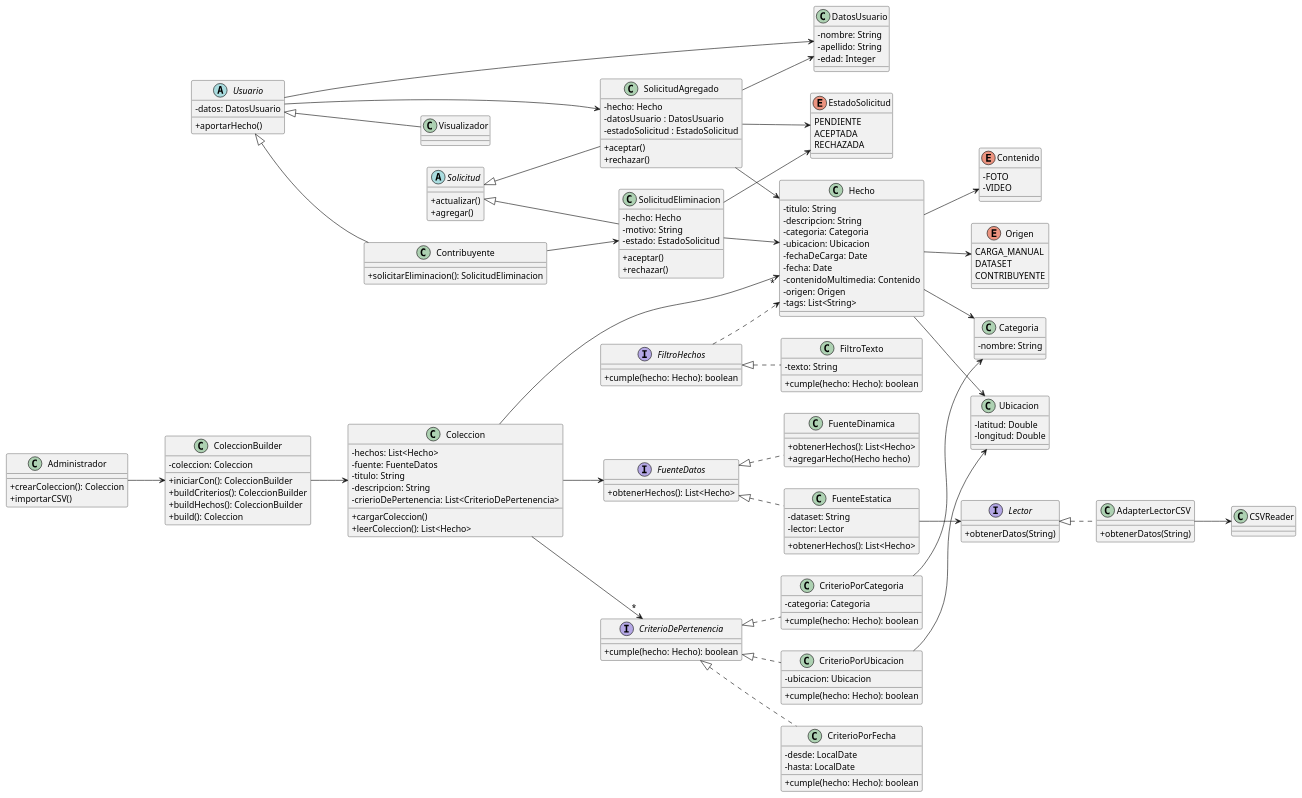
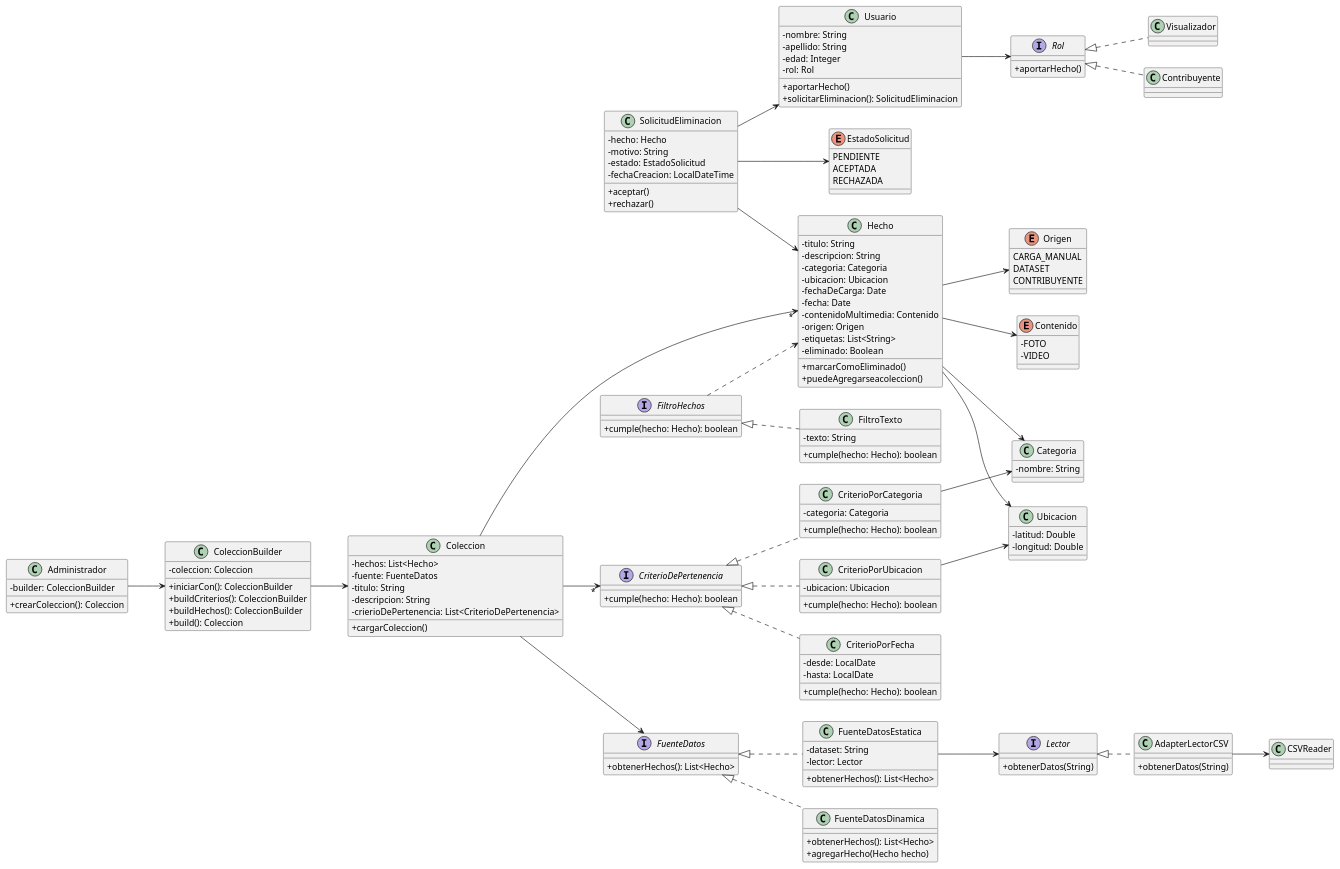
Before and after one commit to nicofernandez17/backend-arquitectura-limpia: the diagram in Diagrams/DC_V2.puml, drawn with PlantUML. The commit also changed 4 other files, not shown here.

Commit message:
Diagrama de respaldo y otro modelado de usuarios

```diff
--- a/Diagrams/DC_V2.puml
+++ b/Diagrams/DC_V2.puml
@@ -3,46 +3,50 @@
 skinparam classAttributeIconSize 0
 
 '---------------------- Usuarios ----------------------
-abstract class Usuario {
-    -datos: DatosUsuario
+class Usuario {
+    -nombre: String
+    -apellido: String
+    -edad: Integer
+    -rol: Rol
+
+    +aportarHecho()
+    +solicitarEliminacion(): SolicitudEliminacion
+}
+
+interface Rol {
+
     +aportarHecho()
 }
 
-class Visualizador extends Usuario {
+
+class Visualizador implements Rol{
 
 }
 
-class Contribuyente extends Usuario {
-    +solicitarEliminacion(): SolicitudEliminacion
+class Contribuyente implements Rol{
+
 }
 
 class Administrador {
+
+    -builder: ColeccionBuilder
     +crearColeccion(): Coleccion
-    +importarCSV()
+
+
 }
 
-class DatosUsuario {
-    -nombre: String
-    -apellido: String
-    -edad: Integer
-}
-
-Contribuyente --> SolicitudEliminacion
+Usuario --> Rol
 Administrador --> ColeccionBuilder
 ColeccionBuilder --> Coleccion
-Usuario --> DatosUsuario
 
-'---------------------- Solicitudes ----------------------
-abstract class Solicitud {
-    +actualizar()
-    +agregar()
-}
+
 
 '---------------------- Solicitud Eliminación ----------------------
-class SolicitudEliminacion extends Solicitud{
+class SolicitudEliminacion {
     -hecho: Hecho
     -motivo: String
     -estado: EstadoSolicitud
+    -fechaCreacion: LocalDateTime
 
     +aceptar()
     +rechazar()
@@ -54,22 +58,10 @@
     RECHAZADA
 }
 
+SolicitudEliminacion --> Usuario
 SolicitudEliminacion --> Hecho
 SolicitudEliminacion --> EstadoSolicitud
 
-'---------------------- Solicitud Agregado ----------------------
-class SolicitudAgregado extends Solicitud{
-    -hecho: Hecho
-    -datosUsuario : DatosUsuario
-    -estadoSolicitud : EstadoSolicitud
-
-    +aceptar()
-    +rechazar()
-}
-Usuario --> SolicitudAgregado
-SolicitudAgregado --> Hecho
-SolicitudAgregado --> EstadoSolicitud
-SolicitudAgregado --> DatosUsuario
 
 '---------------------- Colecciones ----------------------
 class Coleccion {
@@ -80,7 +72,7 @@
     -crierioDePertenencia: List<CriterioDePertenencia>
 
     +cargarColeccion()
-    +leerColeccion(): List<Hecho>
+
 }
 
 class ColeccionBuilder {
@@ -129,7 +121,10 @@
     -fecha: Date
     -contenidoMultimedia: Contenido
     -origen: Origen
-    -tags: List<String>
+    -etiquetas: List<String>
+    -eliminado: Boolean
+    +marcarComoEliminado()
+    +puedeAgregarseacoleccion()
 }
 
 class Categoria {
@@ -174,18 +169,18 @@
     +obtenerHechos(): List<Hecho>
 }
 
-class FuenteEstatica implements FuenteDatos {
+class FuenteDatosEstatica implements FuenteDatos {
     -dataset: String
     -lector: Lector
     +obtenerHechos(): List<Hecho>
 }
 
-class FuenteDinamica implements FuenteDatos {
+class FuenteDatosDinamica implements FuenteDatos {
     +obtenerHechos(): List<Hecho>
     + agregarHecho(Hecho hecho)
 }
 
-FuenteEstatica --> Lector
+FuenteDatosEstatica --> Lector
 
 '---------------------- Lectores ----------------------
 interface Lector {
```
